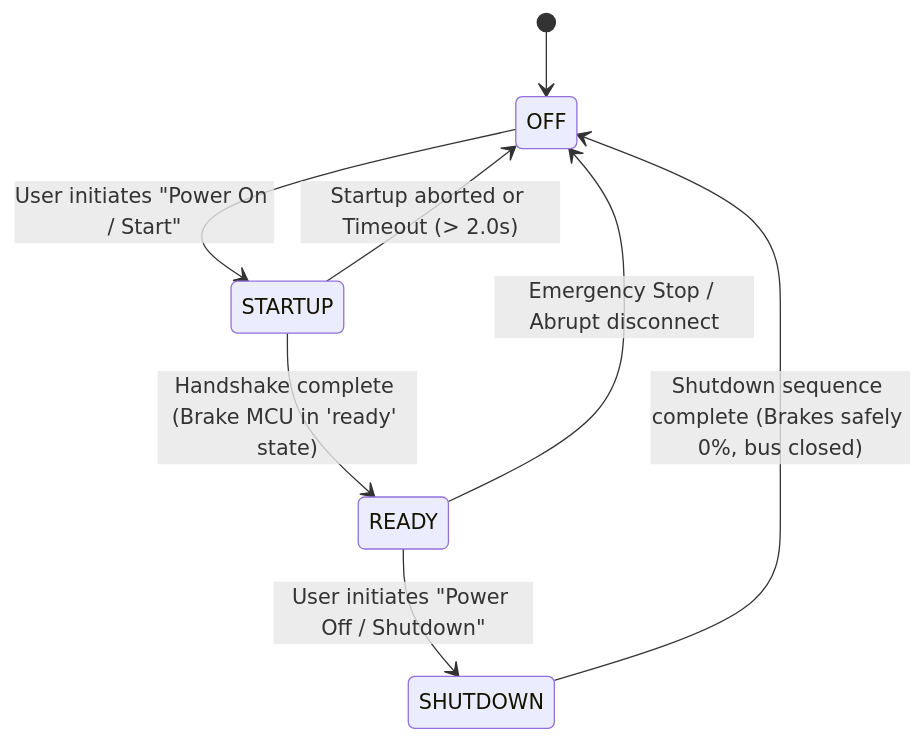
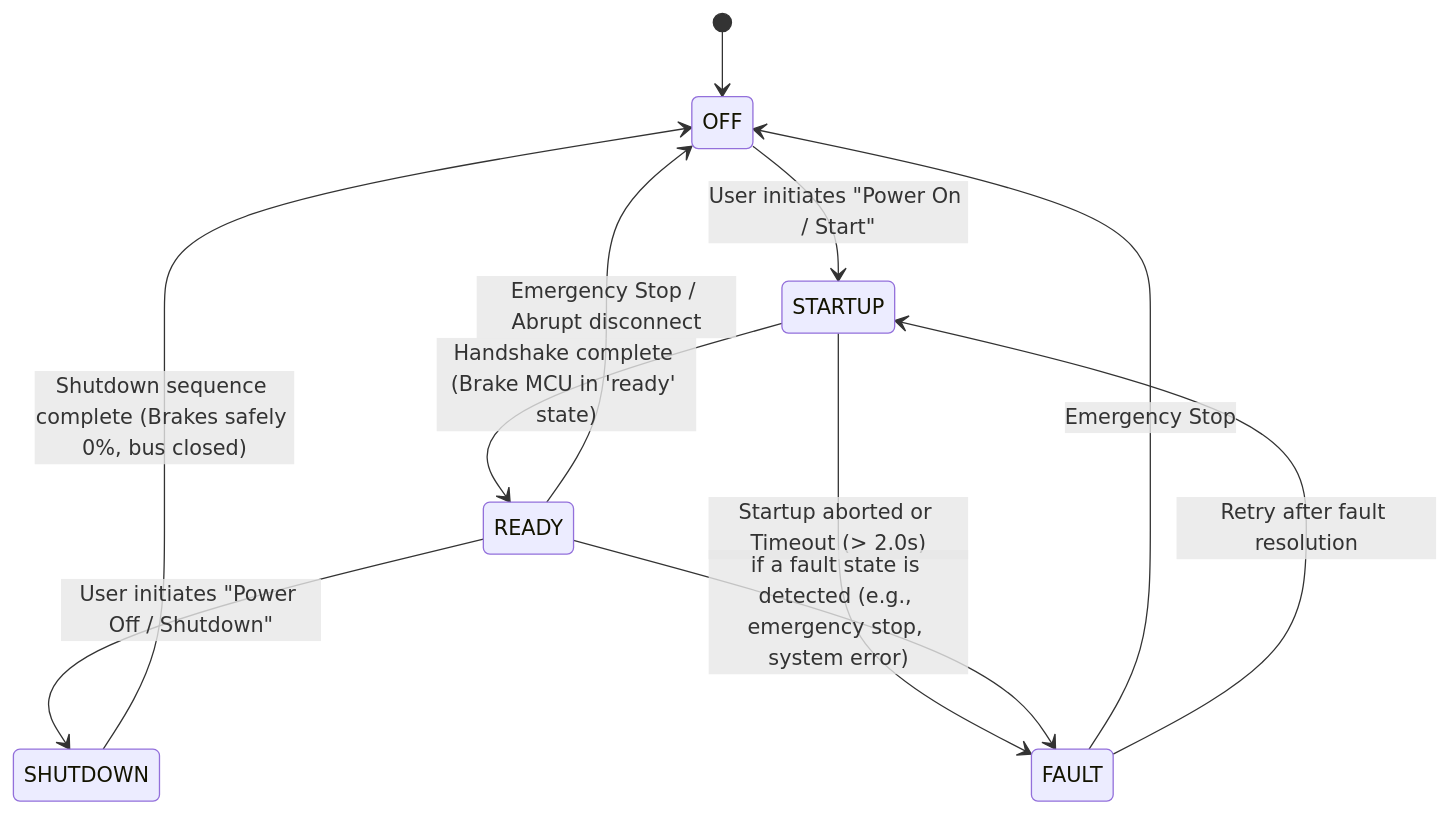
The second of 3 diagrams in body.md (rahulasom/simbodybrake), drawn with Mermaid before and after one commit. The commit also changed other lines of this file and 32 other files, not shown here.

````diff
--- a/body.md
+++ b/body.md
@@ -61,13 +61,16 @@
 ```mermaid
 stateDiagram-v2
     [*] --> OFF
     
     OFF --> STARTUP : User initiates "Power On / Start"
     STARTUP --> READY : Handshake complete (Brake MCU in 'ready' state)
-    STARTUP --> OFF : Startup aborted or Timeout (> 2.0s)
+    STARTUP --> FAULT : Startup aborted or Timeout (> 2.0s)
     
     READY --> SHUTDOWN : User initiates "Power Off / Shutdown"
     READY --> OFF : Emergency Stop / Abrupt disconnect
     
     SHUTDOWN --> OFF : Shutdown sequence complete (Brakes safely 0%, bus closed)
+    FAULT --> OFF : Emergency Stop
+    FAULT --> STARTUP : Retry after fault resolution
+    READY --> FAULT : if a fault state is detected (e.g., emergency stop, system error)
 ```
````
